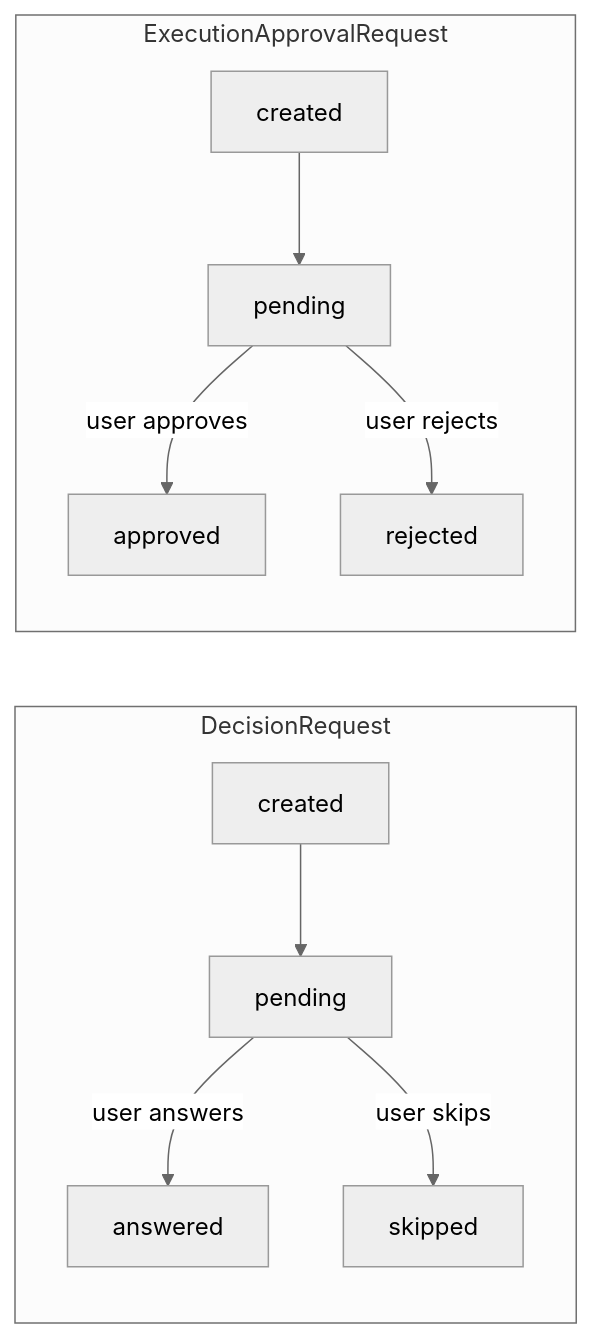
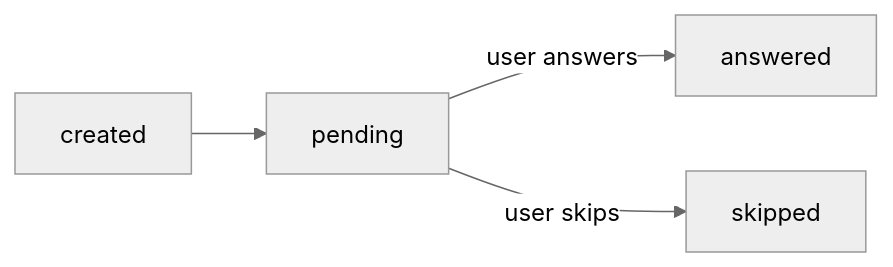
Before and after one commit to LunaDeerTech/agenteam: the second of 2 diagrams in docs/architecture/meeting.md, drawn with Mermaid (neutral theme). The commit also changed other lines of this file and 17 other files, not shown here.

Commit message:
docs: refine architecture and governance design

````diff
--- a/docs/architecture/meeting.md
+++ b/docs/architecture/meeting.md
@@ -299,14 +252,6 @@
 ```mermaid
 flowchart LR
-    subgraph DecisionRequest
-        DRStart["created"] --> DRPending["pending"]
-        DRPending -->|"user answers"| DRAnswered["answered"]
-        DRPending -->|"user skips"| DRSkipped["skipped"]
-    end
-
-    subgraph ExecutionApprovalRequest
-        EAStart["created"] --> EAPending["pending"]
-        EAPending -->|"user approves"| EAApproved["approved"]
-        EAPending -->|"user rejects"| EARejected["rejected"]
-    end
+    DRStart["created"] --> DRPending["pending"]
+    DRPending -->|"user answers"| DRAnswered["answered"]
+    DRPending -->|"user skips"| DRSkipped["skipped"]
 ```
````
